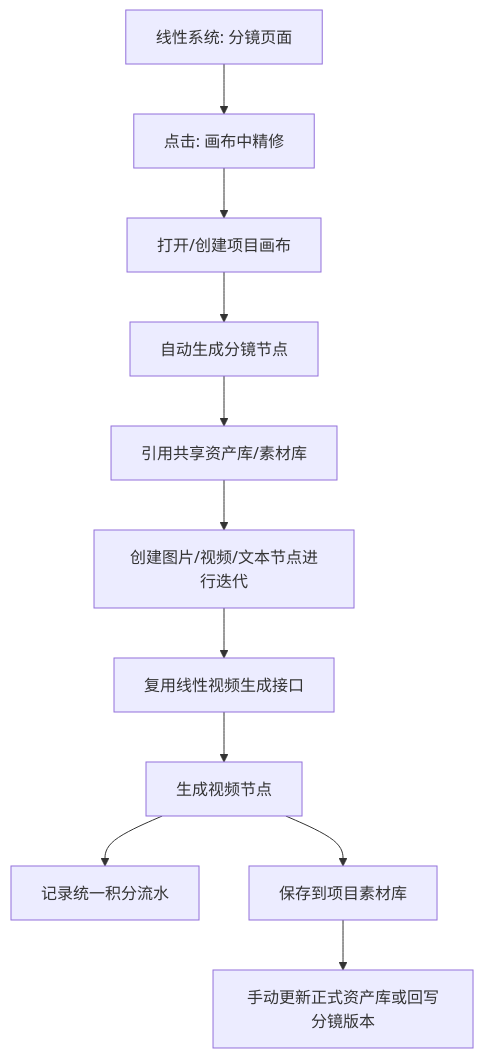
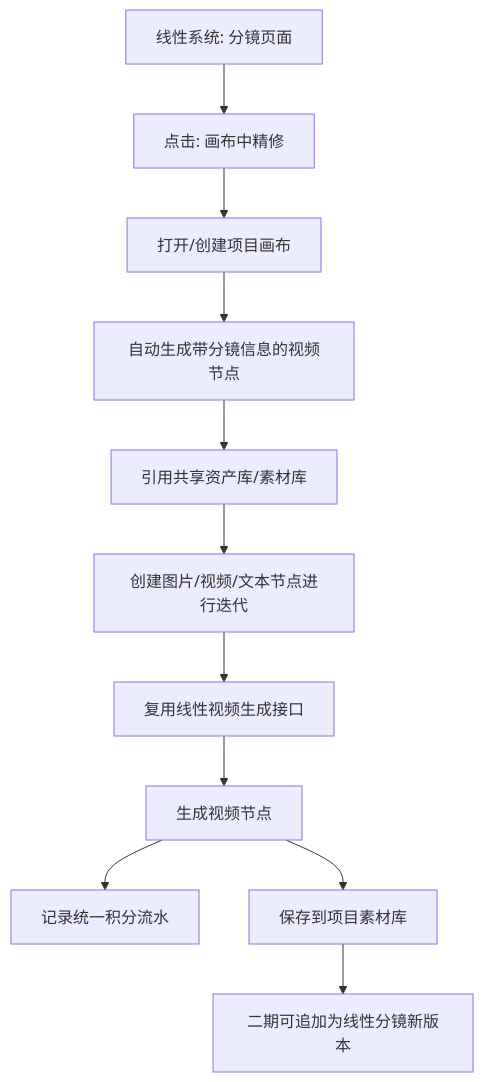
Before and after one commit to ducnhungvo4-cpu/KC-: the second of 3 diagrams in docs/KC无限画布创作工作台-PRD-v0.1.md, drawn with Mermaid. The commit also changed other lines of this file, not shown here.

````diff
--- a/docs/KC无限画布创作工作台-PRD-v0.1.md
+++ b/docs/KC无限画布创作工作台-PRD-v0.1.md
@@ -91,13 +91,13 @@
 ```mermaid
 flowchart TD
   A["线性系统: 分镜页面"] --> B["点击: 画布中精修"]
   B --> C["打开/创建项目画布"]
-  C --> D["自动生成分镜节点"]
+  C --> D["自动生成带分镜信息的视频节点"]
   D --> E["引用共享资产库/素材库"]
   E --> F["创建图片/视频/文本节点进行迭代"]
   F --> G["复用线性视频生成接口"]
   G --> H["生成视频节点"]
   H --> I["记录统一积分流水"]
   H --> J["保存到项目素材库"]
-  J --> K["手动更新正式资产库或回写分镜版本"]
+  J --> K["二期可追加为线性分镜新版本"]
 ```
````
